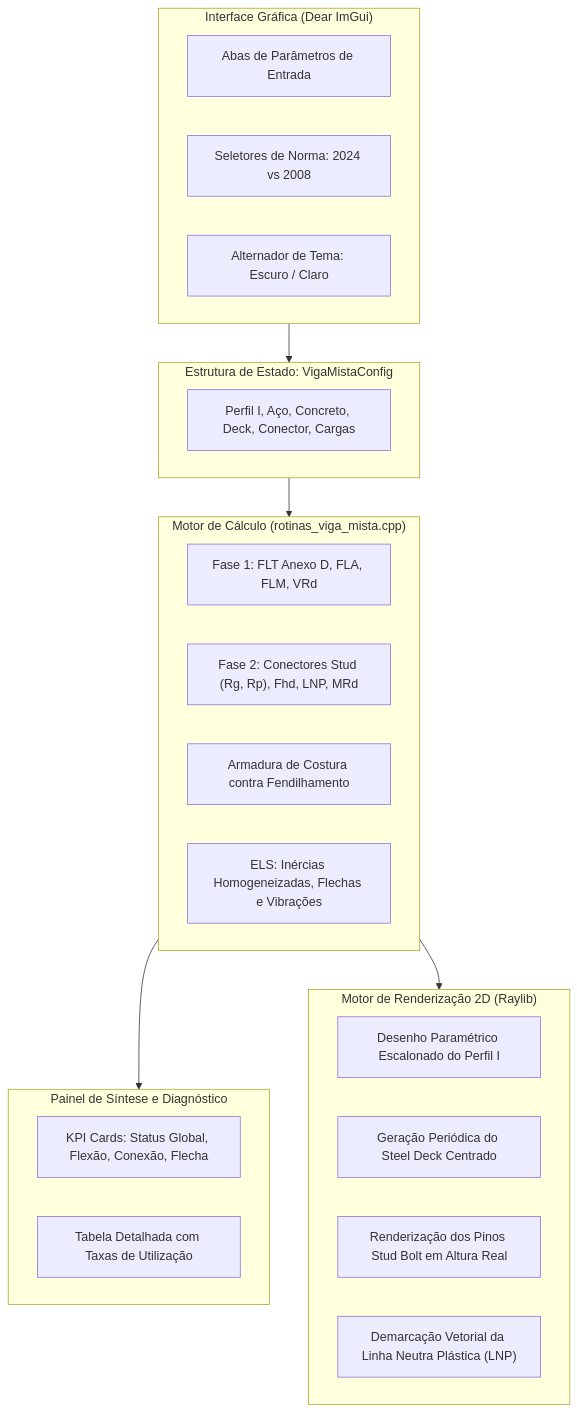
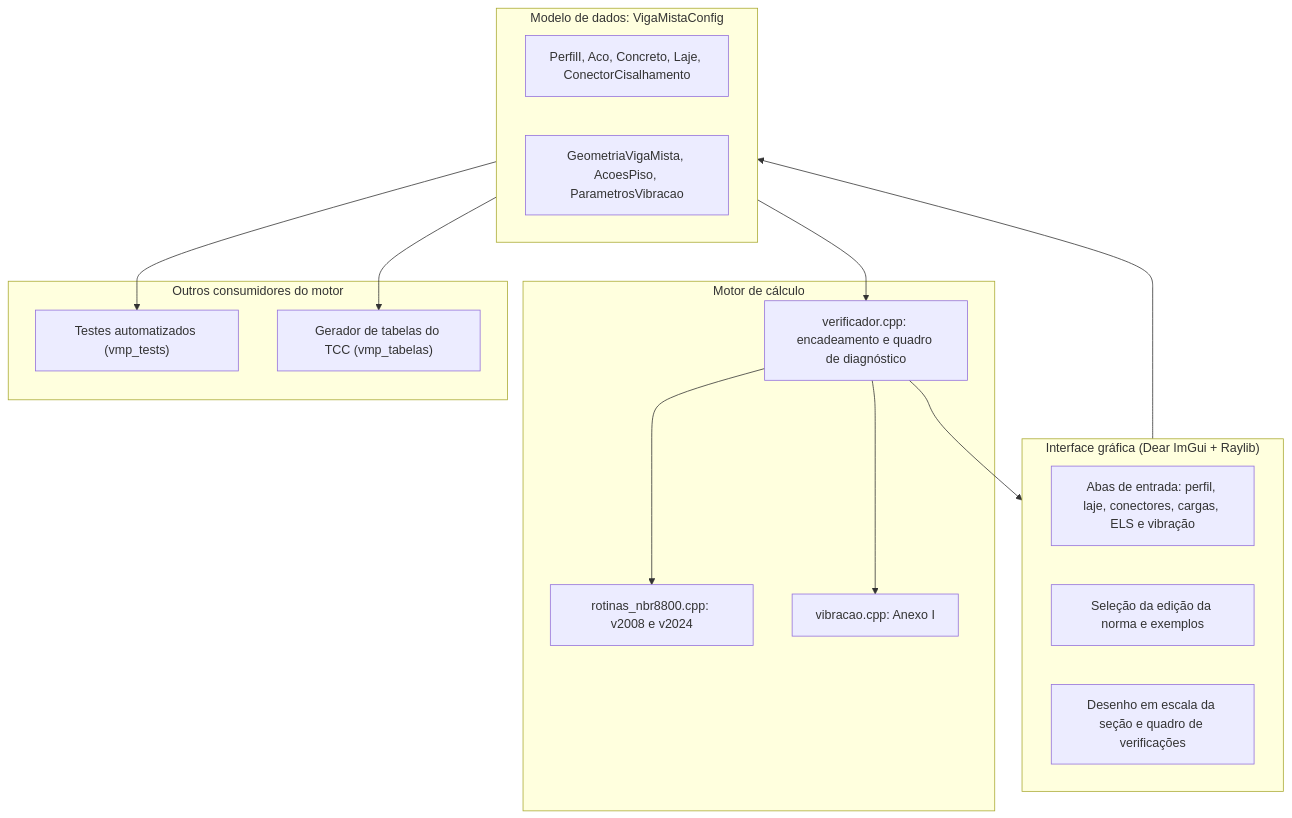
The third of 3 diagrams in docs/TCC_VIGA_MISTA_NBR8800_2024.md (ufu-feciv-ic/VMP), drawn with Mermaid before and after one commit. The commit also changed other lines of this file and 31 other files, not shown here.

````diff
--- a/docs/TCC_VIGA_MISTA_NBR8800_2024.md
+++ b/docs/TCC_VIGA_MISTA_NBR8800_2024.md
@@ -291,36 +502,27 @@
 ```mermaid
 flowchart TD
-    subgraph UI ["Interface Gráfica (Dear ImGui)"]
-        U1["Abas de Parâmetros de Entrada"]
-        U2["Seletores de Norma: 2024 vs 2008"]
-        U3["Alternador de Tema: Escuro / Claro"]
+    subgraph UI ["Interface gráfica (Dear ImGui + Raylib)"]
+        U1["Abas de entrada: perfil, laje, conectores, cargas, ELS e vibração"]
+        U2["Seleção da edição da norma e exemplos"]
+        U3["Desenho em escala da seção e quadro de verificações"]
     end
-
-    subgraph Config ["Estrutura de Estado: VigaMistaConfig"]
-        C1["Perfil I, Aço, Concreto, Deck, Conector, Cargas"]
+    subgraph Estado ["Modelo de dados: VigaMistaConfig"]
+        S1["PerfilI, Aco, Concreto, Laje, ConectorCisalhamento"]
+        S2["GeometriaVigaMista, AcoesPiso, ParametrosVibracao"]
     end
-
-    subgraph Engine ["Motor de Cálculo (rotinas_viga_mista.cpp)"]
-        E1["Fase 1: FLT Anexo D, FLA, FLM, VRd"]
-        E2["Fase 2: Conectores Stud (Rg, Rp), Fhd, LNP, MRd"]
-        E3["Armadura de Costura contra Fendilhamento"]
-        E4["ELS: Inércias Homogeneizadas, Flechas e Vibrações"]
+    subgraph Motor ["Motor de cálculo"]
+        E0["verificador.cpp: encadeamento e quadro de diagnóstico"]
+        E1["rotinas_nbr8800.cpp: v2008 e v2024"]
+        E2["vibracao.cpp: Anexo I"]
     end
-
-    subgraph Canvas ["Motor de Renderização 2D (Raylib)"]
-        R1["Desenho Paramétrico Escalonado do Perfil I"]
-        R2["Geração Periódica do Steel Deck Centrado"]
-        R3["Renderização dos Pinos Stud Bolt em Altura Real"]
-        R4["Demarcação Vetorial da Linha Neutra Plástica (LNP)"]
+    subgraph Saidas ["Outros consumidores do motor"]
+        T1["Testes automatizados (vmp_tests)"]
+        T2["Gerador de tabelas do TCC (vmp_tabelas)"]
     end
-
-    subgraph Output ["Painel de Síntese e Diagnóstico"]
-        O1["KPI Cards: Status Global, Flexão, Conexão, Flecha"]
-        O2["Tabela Detalhada com Taxas de Utilização"]
-    end
-
-    UI --> Config
-    Config --> Engine
-    Engine --> Output
-    Engine --> Canvas
+    UI --> Estado --> E0
+    E0 --> E1
+    E0 --> E2
+    E0 --> UI
+    Estado --> T1
+    Estado --> T2
 ```
````
